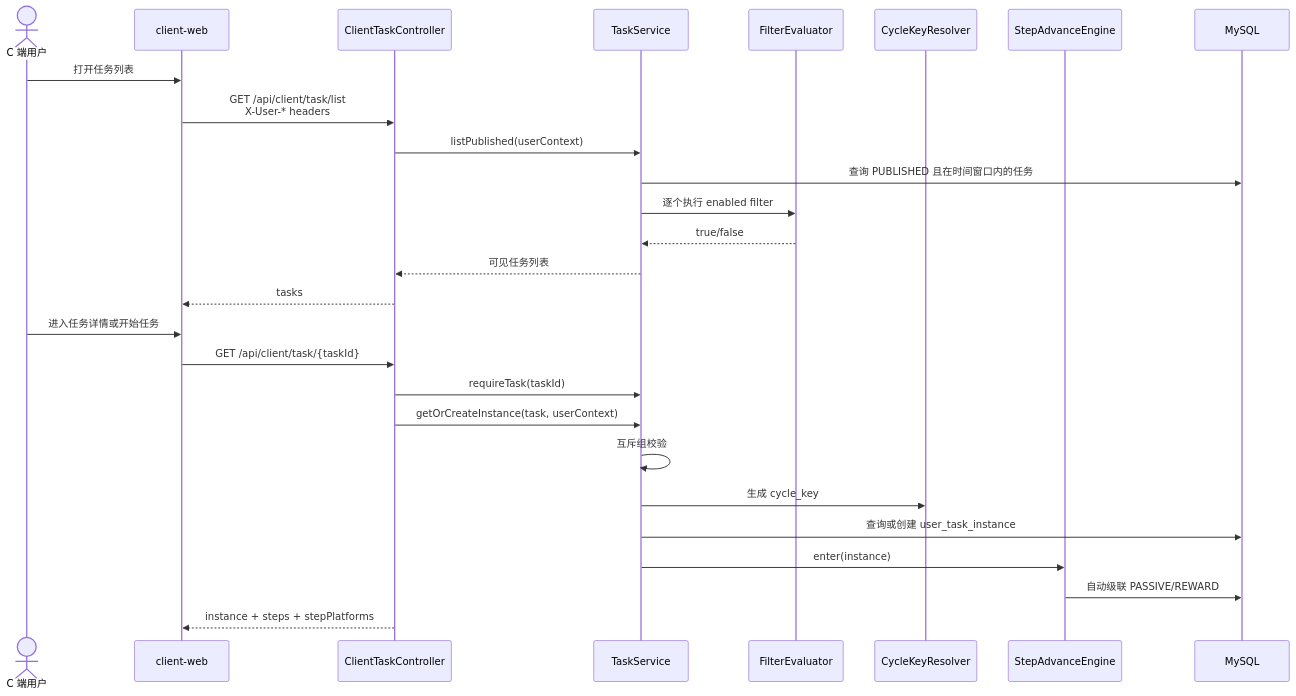
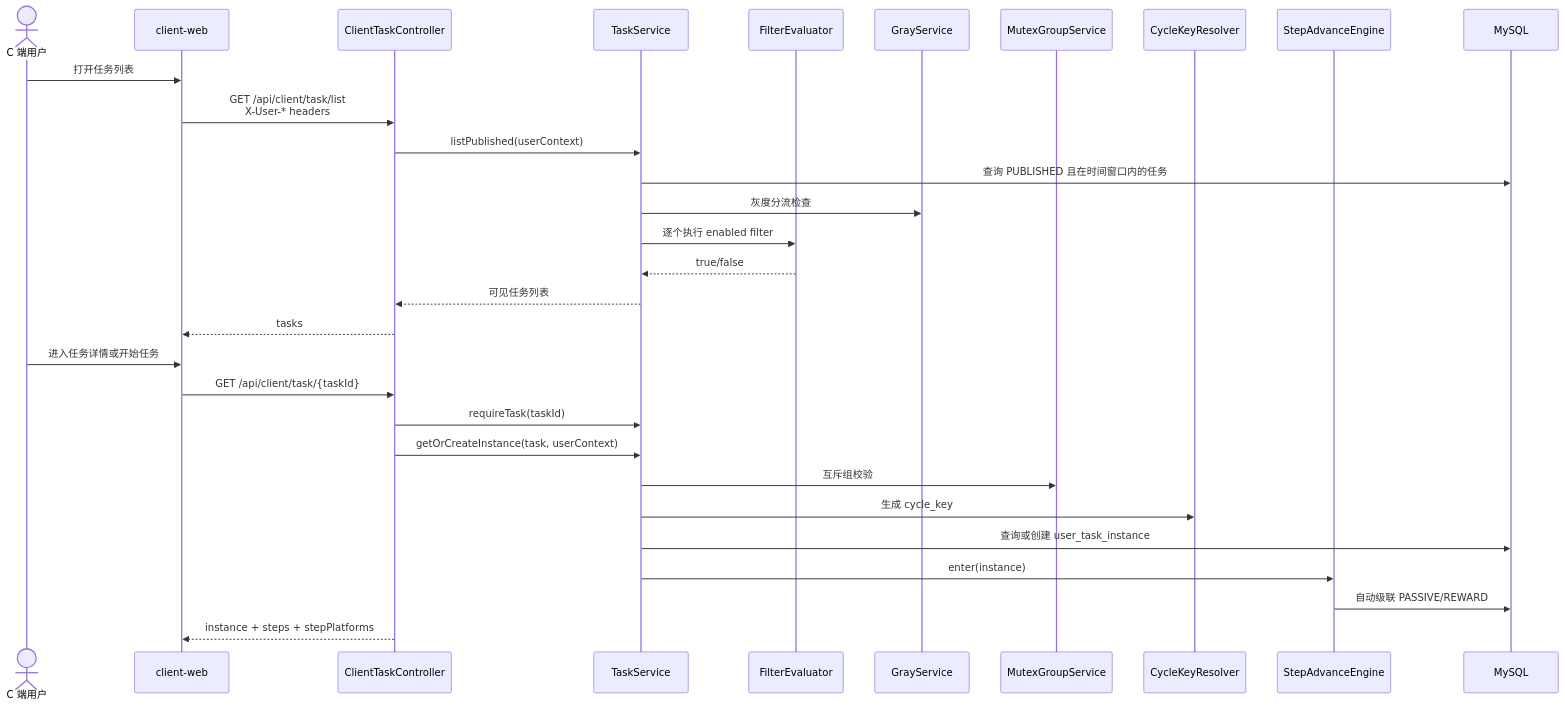
The sixth of 11 diagrams in docs/architecture.md (xuankuxiaohui/marketing-task-platform), drawn with Mermaid before and after one commit. The commit also changed other lines of this file and 7 other files, not shown here.

First line of the commit message:
docs: update architecture doc and add v0.5.0/v0.5.1 spec

````diff
--- a/docs/architecture.md
+++ b/docs/architecture.md
@@ -124,31 +370,34 @@
 ```mermaid
 sequenceDiagram
     actor User as C 端用户
     participant ClientWeb as client-web
     participant ClientApi as ClientTaskController
     participant TaskService as TaskService
     participant Filter as FilterEvaluator
+    participant Gray as GrayService
+    participant Mutex as MutexGroupService
     participant Cycle as CycleKeyResolver
     participant StepEngine as StepAdvanceEngine
     participant DB as MySQL
 
     User->>ClientWeb: 打开任务列表
     ClientWeb->>ClientApi: GET /api/client/task/list<br/>X-User-* headers
     ClientApi->>TaskService: listPublished(userContext)
     TaskService->>DB: 查询 PUBLISHED 且在时间窗口内的任务
+    TaskService->>Gray: 灰度分流检查
     TaskService->>Filter: 逐个执行 enabled filter
     Filter-->>TaskService: true/false
     TaskService-->>ClientApi: 可见任务列表
     ClientApi-->>ClientWeb: tasks
 
     User->>ClientWeb: 进入任务详情或开始任务
     ClientWeb->>ClientApi: GET /api/client/task/{taskId}
     ClientApi->>TaskService: requireTask(taskId)
     ClientApi->>TaskService: getOrCreateInstance(task, userContext)
-    TaskService->>TaskService: 互斥组校验
+    TaskService->>Mutex: 互斥组校验
     TaskService->>Cycle: 生成 cycle_key
     TaskService->>DB: 查询或创建 user_task_instance
     TaskService->>StepEngine: enter(instance)
     StepEngine->>DB: 自动级联 PASSIVE/REWARD
     ClientApi-->>ClientWeb: instance + steps + stepPlatforms
 ```
````
